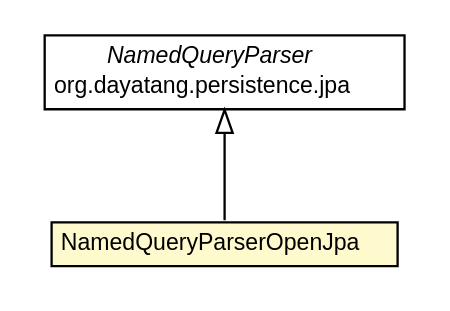
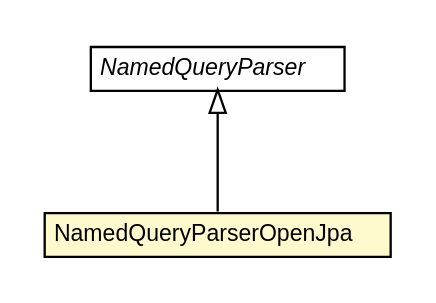
Before and after one commit to dayatang/dddlib: the diagram in dddlib-persistence/dddlib-persistence-jpa/apidocs/org/dayatang/persistence/jpa/namedqueryparser/NamedQueryParserOpenJpa.dot, drawn with Graphviz. The commit also changed 144 other files, not shown here.

```diff
--- a/dddlib-persistence/dddlib-persistence-jpa/apidocs/org/dayatang/persistence/jpa/namedqueryparser/NamedQueryParserOpenJpa.dot
+++ b/dddlib-persistence/dddlib-persistence-jpa/apidocs/org/dayatang/persistence/jpa/namedqueryparser/NamedQueryParserOpenJpa.dot
@@ -1,27 +1,26 @@
 #!/usr/local/bin/dot
 #
 # Class diagram 
 # Generated by UMLGraph version R5_6_6-8-g8d7759 (http://www.umlgraph.org/)
 #
 
 digraph G {
 	edge [fontname="Helvetica",fontsize=10,labelfontname="Helvetica",labelfontsize=10];
 	node [fontname="Helvetica",fontsize=10,shape=plaintext];
 	nodesep=0.25;
 	ranksep=0.5;
 	// org.dayatang.persistence.jpa.NamedQueryParser
-	c86 [label=<<table title="org.dayatang.persistence.jpa.NamedQueryParser" border="0" cellborder="1" cellspacing="0" cellpadding="2" port="p" href="../NamedQueryParser.html">
+	c50 [label=<<table title="org.dayatang.persistence.jpa.NamedQueryParser" border="0" cellborder="1" cellspacing="0" cellpadding="2" port="p" href="../NamedQueryParser.html">
 		<tr><td><table border="0" cellspacing="0" cellpadding="1">
 <tr><td align="center" balign="center"><font face="Helvetica-Oblique"> NamedQueryParser </font></td></tr>
-<tr><td align="center" balign="center"> org.dayatang.persistence.jpa </td></tr>
 		</table></td></tr>
 		</table>>, URL="../NamedQueryParser.html", fontname="Helvetica", fontcolor="black", fontsize=10.0];
 	// org.dayatang.persistence.jpa.namedqueryparser.NamedQueryParserOpenJpa
-	c89 [label=<<table title="org.dayatang.persistence.jpa.namedqueryparser.NamedQueryParserOpenJpa" border="0" cellborder="1" cellspacing="0" cellpadding="2" port="p" bgcolor="lemonChiffon" href="./NamedQueryParserOpenJpa.html">
+	c53 [label=<<table title="org.dayatang.persistence.jpa.namedqueryparser.NamedQueryParserOpenJpa" border="0" cellborder="1" cellspacing="0" cellpadding="2" port="p" bgcolor="lemonChiffon" href="./NamedQueryParserOpenJpa.html">
 		<tr><td><table border="0" cellspacing="0" cellpadding="1">
 <tr><td align="center" balign="center"> NamedQueryParserOpenJpa </td></tr>
 		</table></td></tr>
 		</table>>, URL="./NamedQueryParserOpenJpa.html", fontname="Helvetica", fontcolor="black", fontsize=10.0];
 	//org.dayatang.persistence.jpa.namedqueryparser.NamedQueryParserOpenJpa extends org.dayatang.persistence.jpa.NamedQueryParser
-	c86:p -> c89:p [dir=back,arrowtail=empty];
+	c50:p -> c53:p [dir=back,arrowtail=empty];
 }
```
